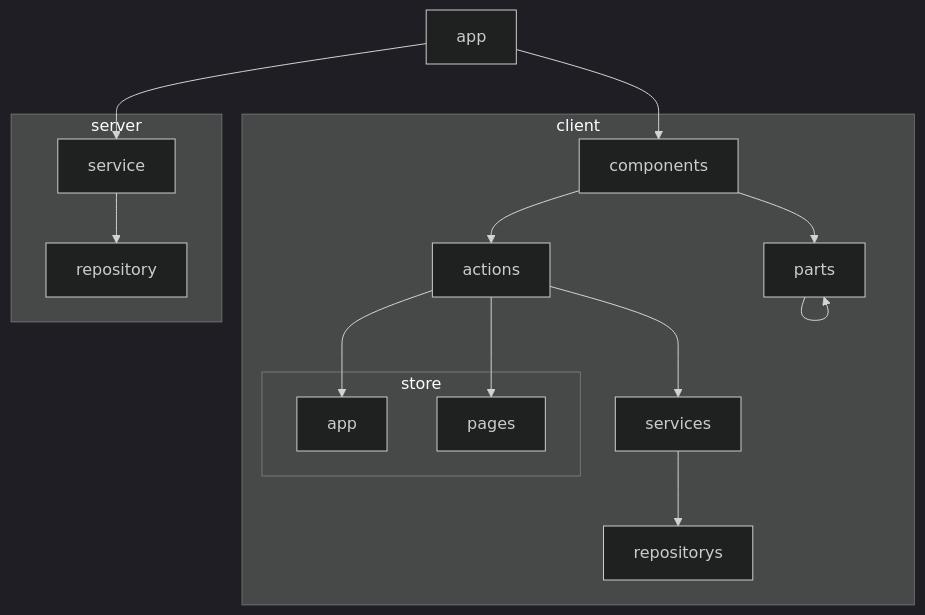
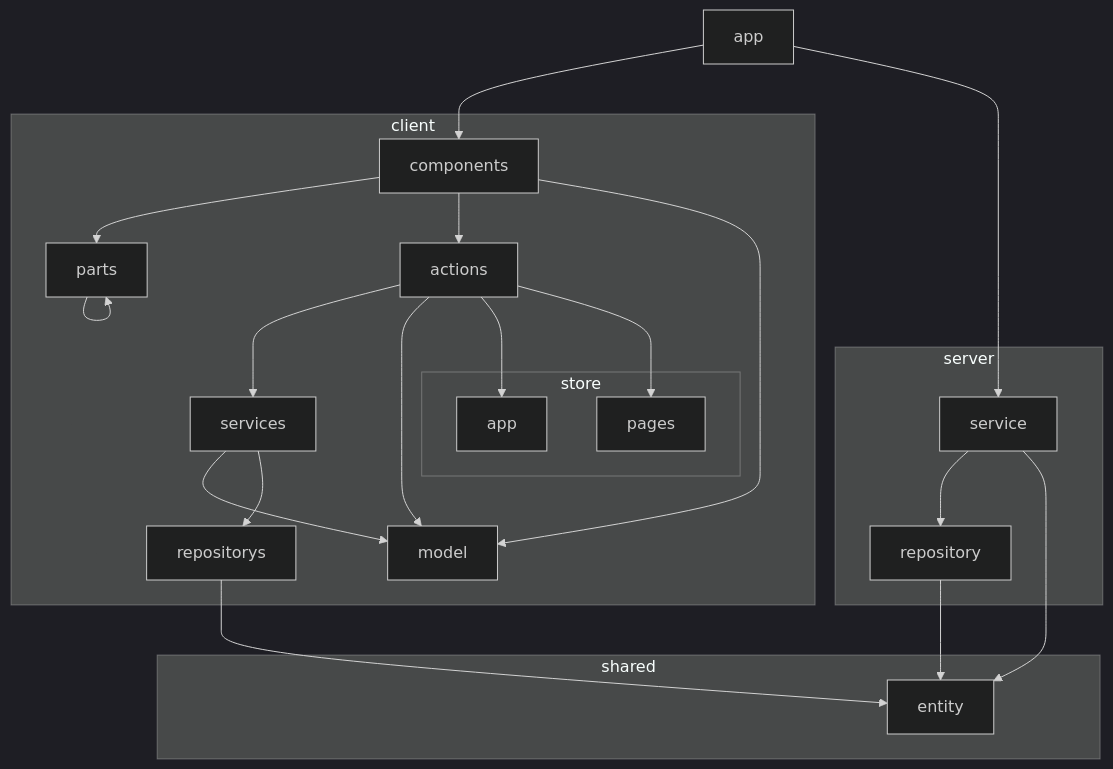
One commit to jinopapo/eslint-plugin-next-architecture changed the diagram in README.md. Above: the diagram before and after it, drawn with Mermaid (dark theme). The commit also changed other lines of this file and 6 other files, not shown here.

Commit message:
Add support for shared directory and model layer in ESLint plugin rules

````diff
--- a/README.md
+++ b/README.md
@@ -10,32 +10,43 @@
 ```mermaid
 flowchart TD
   app[app]
 
   subgraph client[client]
     components[components]
     parts[parts]
     actions[actions]
+    model[model]
     services[services]
     repositorys[repositorys]
     subgraph store[store]
       storeApp[app]
       storePages[pages]
     end
+  end
+
+  subgraph shared[shared]
+    entity[entity]
   end
 
   subgraph server[server]
     service[service]
     repository[repository]
   end
 
   app --> components
   app --> service
   components --> parts
   parts --> parts
   components --> actions
+  components --> model
   actions --> services
+  actions --> model
   actions --> storeApp
   actions --> storePages
+  services --> model
   services --> repositorys
+  repositorys --> entity
   service --> repository
+  service --> entity
+  repository --> entity
 ```
````
